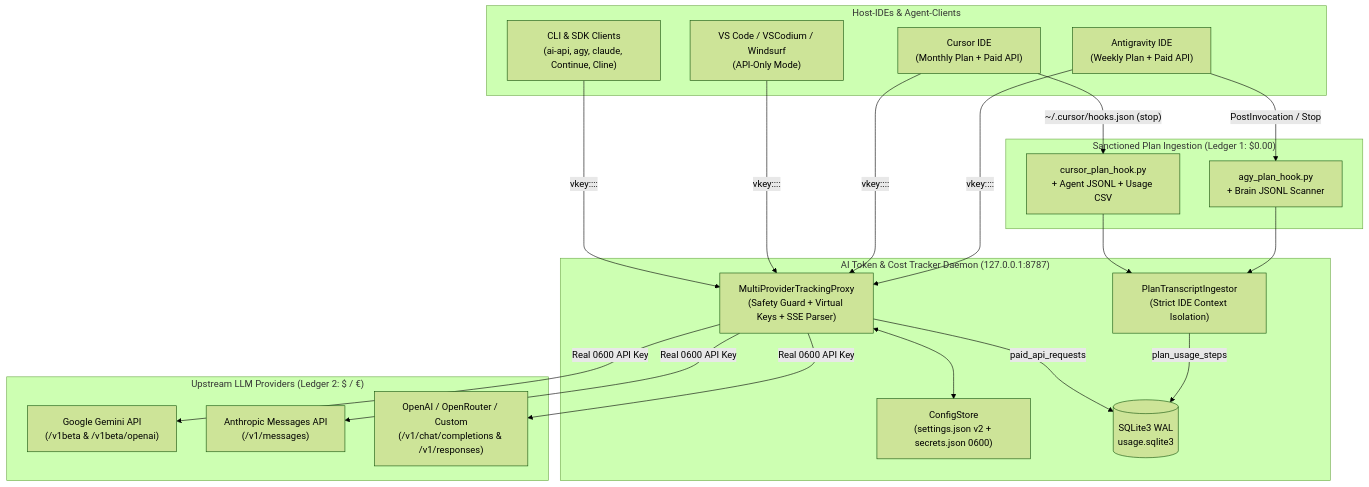
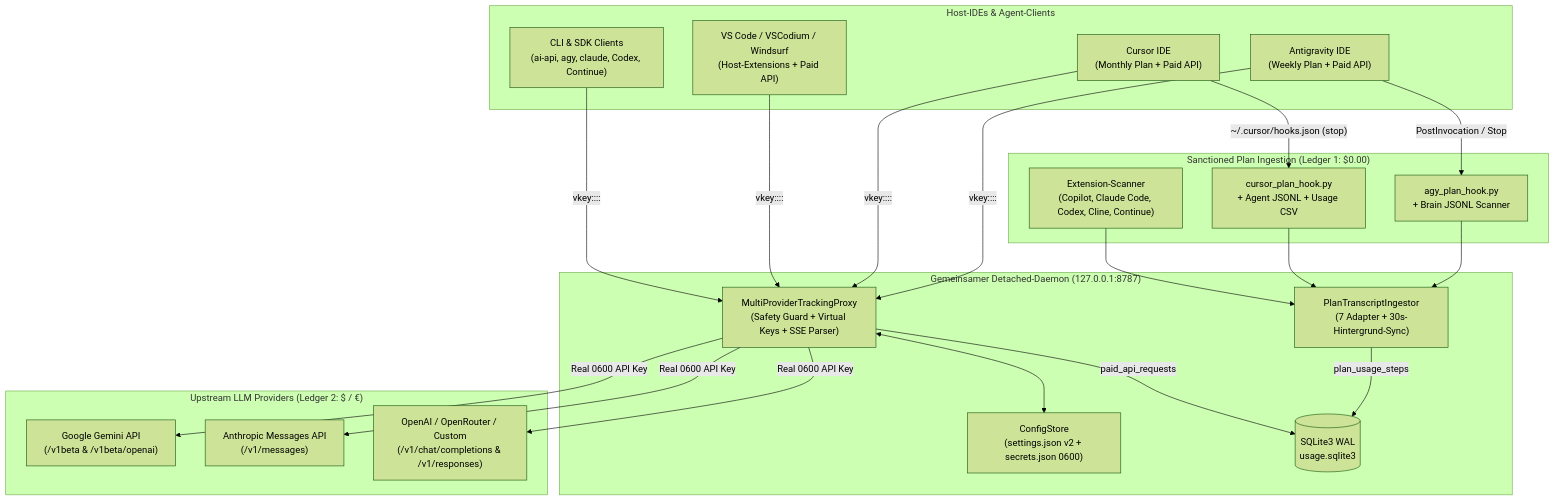
The diagram in README.de.md (Vladyslav-Vitko/ai-token-tracker), drawn with Mermaid (forest theme) before and after one commit. The commit also changed other lines of this file and 2 other files, not shown here.

````diff
--- a/README.de.md
+++ b/README.de.md
@@ -74,38 +74,38 @@
 ```mermaid
 flowchart TB
     subgraph IDEs["Host-IDEs & Agent-Clients"]
         AGY["Antigravity IDE\n(Weekly Plan + Paid API)"]
         CUR["Cursor IDE\n(Monthly Plan + Paid API)"]
-        VSC["VS Code / VSCodium / Windsurf\n(API-Only Mode)"]
-        CLI["CLI & SDK Clients\n(ai-api, agy, claude, Continue, Cline)"]
+        VSC["VS Code / VSCodium / Windsurf\n(Host-Extensions + Paid API)"]
+        CLI["CLI & SDK Clients\n(ai-api, agy, claude, Codex, Continue)"]
     end
 
     subgraph Hooks["Sanctioned Plan Ingestion (Ledger 1: $0.00)"]
         AGY_H["agy_plan_hook.py\n+ Brain JSONL Scanner"]
         CUR_H["cursor_plan_hook.py\n+ Agent JSONL + Usage CSV"]
+        EXT_H["Extension-Scanner\n(Copilot, Claude Code, Codex, Cline, Continue)"]
     end
 
-    subgraph Daemon["AI Token & Cost Tracker Daemon (127.0.0.1:8787)"]
-        ING["PlanTranscriptIngestor\n(Strict IDE Context Isolation)"]
+    subgraph Daemon["Gemeinsamer Detached-Daemon (127.0.0.1:8787)"]
+        ING["PlanTranscriptIngestor\n(7 Adapter + 30s-Hintergrund-Sync)"]
         PRX["MultiProviderTrackingProxy\n(Safety Guard + Virtual Keys + SSE Parser)"]
         CFG["ConfigStore\n(settings.json v2 + secrets.json 0600)"]
         DB[("SQLite3 WAL\nusage.sqlite3")]
     end
 
     subgraph Upstreams["Upstream LLM Providers (Ledger 2: $ / €)"]
         GEM["Google Gemini API\n(/v1beta & /v1beta/openai)"]
         ANT["Anthropic Messages API\n(/v1/messages)"]
         OAI["OpenAI / OpenRouter / Custom\n(/v1/chat/completions & /v1/responses)"]
     end
 
     AGY -->|"PostInvocation / Stop"| AGY_H
     CUR -->|"~/.cursor/hooks.json (stop)"| CUR_H
-    AGY_H --> ING
-    CUR_H --> ING
+    AGY_H & CUR_H & EXT_H --> ING
     ING -->|"plan_usage_steps"| DB
 
     AGY & CUR & VSC & CLI -->|"vkey::<project>::<token>"| PRX
     PRX <--> CFG
     PRX -->|"paid_api_requests"| DB
     PRX -->|"Real 0600 API Key"| GEM & ANT & OAI
 ```
````
